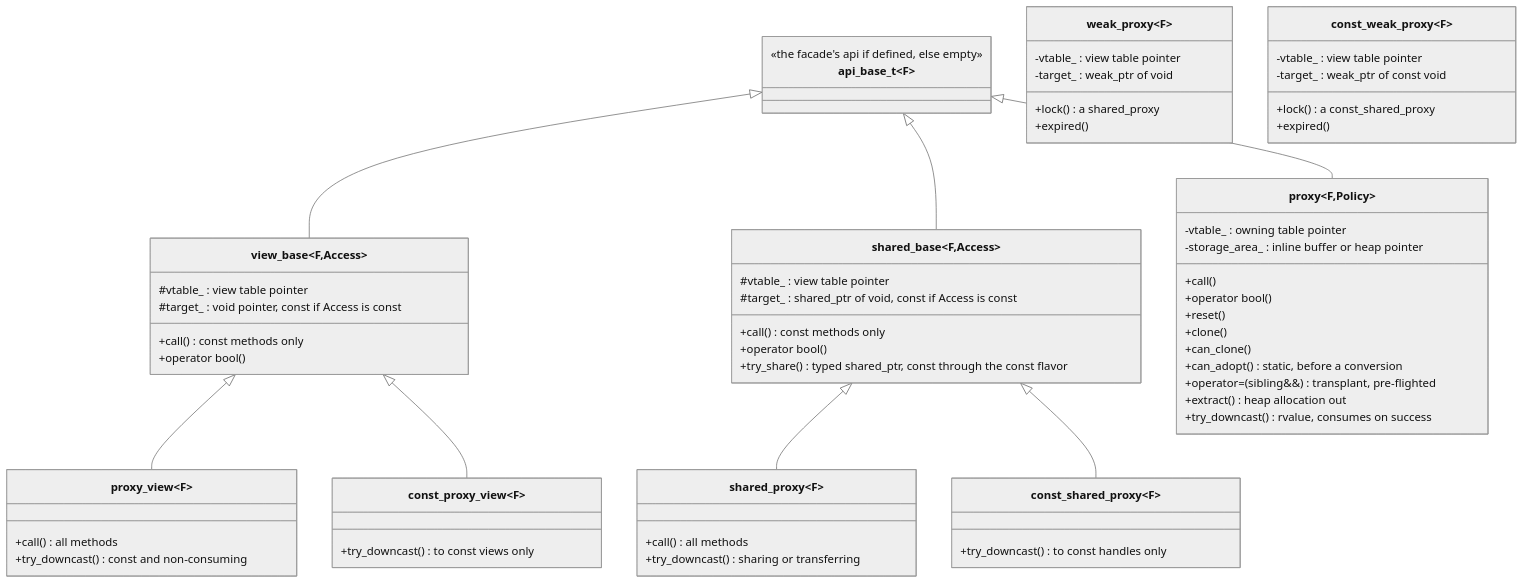
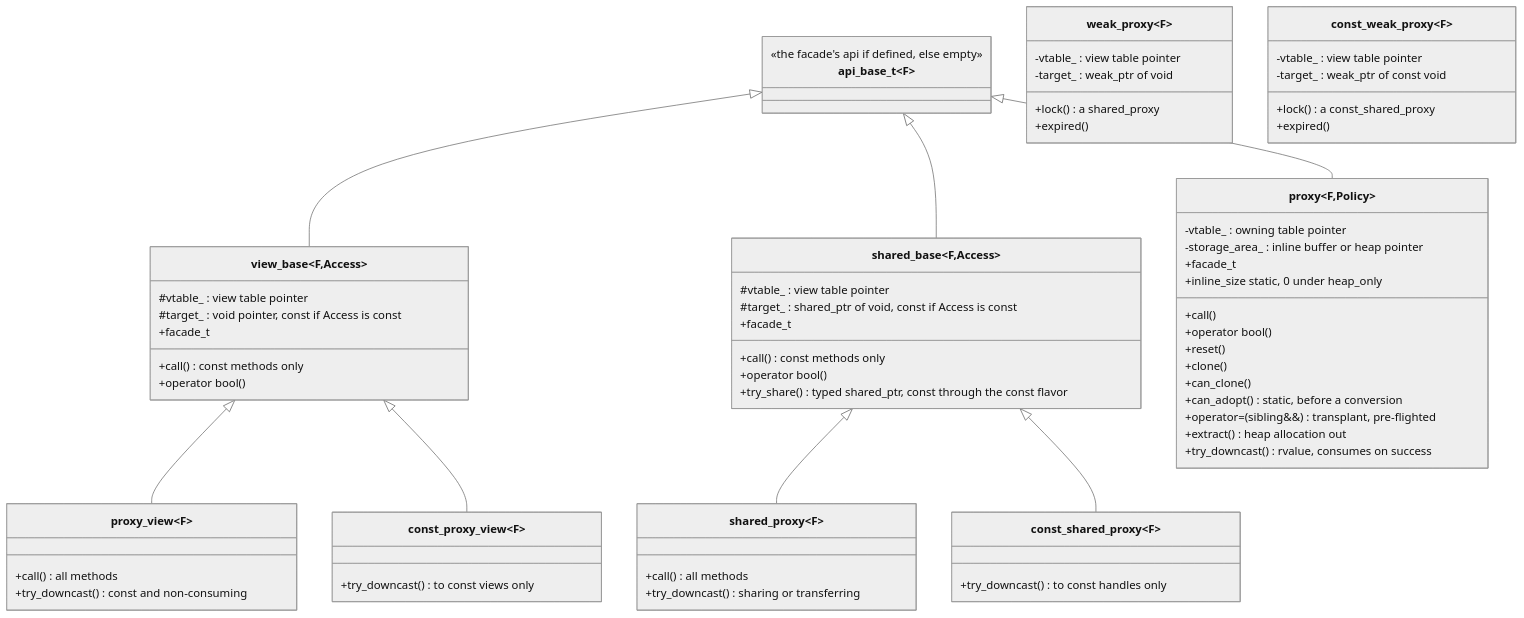
Before and after one commit to stevensudit/Corvid: the second of 8 diagrams in corvid/meta/invoke/proxy.md, drawn with Mermaid (neutral theme). The commit also changed other lines of this file and 2 other files, not shown here.

````diff
--- a/corvid/meta/invoke/proxy.md
+++ b/corvid/meta/invoke/proxy.md
@@ -952,65 +955,69 @@
 ```mermaid
 classDiagram
     class api_base_t~F~ {
         <<the facade's api if defined, else empty>>
     }
     class view_base~F,Access~ {
         #vtable_ : view table pointer
         #target_ : void pointer, const if Access is const
+        +facade_t
         +call() const methods only
         +operator bool()
     }
     class shared_base~F,Access~ {
         #vtable_ : view table pointer
         #target_ : shared_ptr of void, const if Access is const
+        +facade_t
         +call() const methods only
         +operator bool()
         +try_share() typed shared_ptr, const through the const flavor
     }
     class proxy_view~F~ {
         +call() all methods
         +try_downcast() const and non-consuming
     }
     class const_proxy_view~F~ {
         +try_downcast() to const views only
     }
     class proxy~F,Policy~ {
         -vtable_ : owning table pointer
         -storage_area_ : inline buffer or heap pointer
+        +facade_t
+        +inline_size static, 0 under heap_only
         +call()
         +operator bool()
         +reset()
         +clone()
         +can_clone()
         +can_adopt() static, before a conversion
         +operator=(sibling&&) transplant, pre-flighted
         +extract() heap allocation out
         +try_downcast() rvalue, consumes on success
     }
     class shared_proxy~F~ {
         +call() all methods
         +try_downcast() sharing or transferring
     }
     class const_shared_proxy~F~ {
         +try_downcast() to const handles only
     }
     class weak_proxy~F~ {
         -vtable_ : view table pointer
         -target_ : weak_ptr of void
         +lock() a shared_proxy
         +expired()
     }
     class const_weak_proxy~F~ {
         -vtable_ : view table pointer
         -target_ : weak_ptr of const void
         +lock() a const_shared_proxy
         +expired()
     }
     api_base_t <|-- view_base
     view_base <|-- proxy_view
     view_base <|-- const_proxy_view
     api_base_t <|-- proxy
     api_base_t <|-- shared_base
     shared_base <|-- shared_proxy
     shared_base <|-- const_shared_proxy
 ```
````
